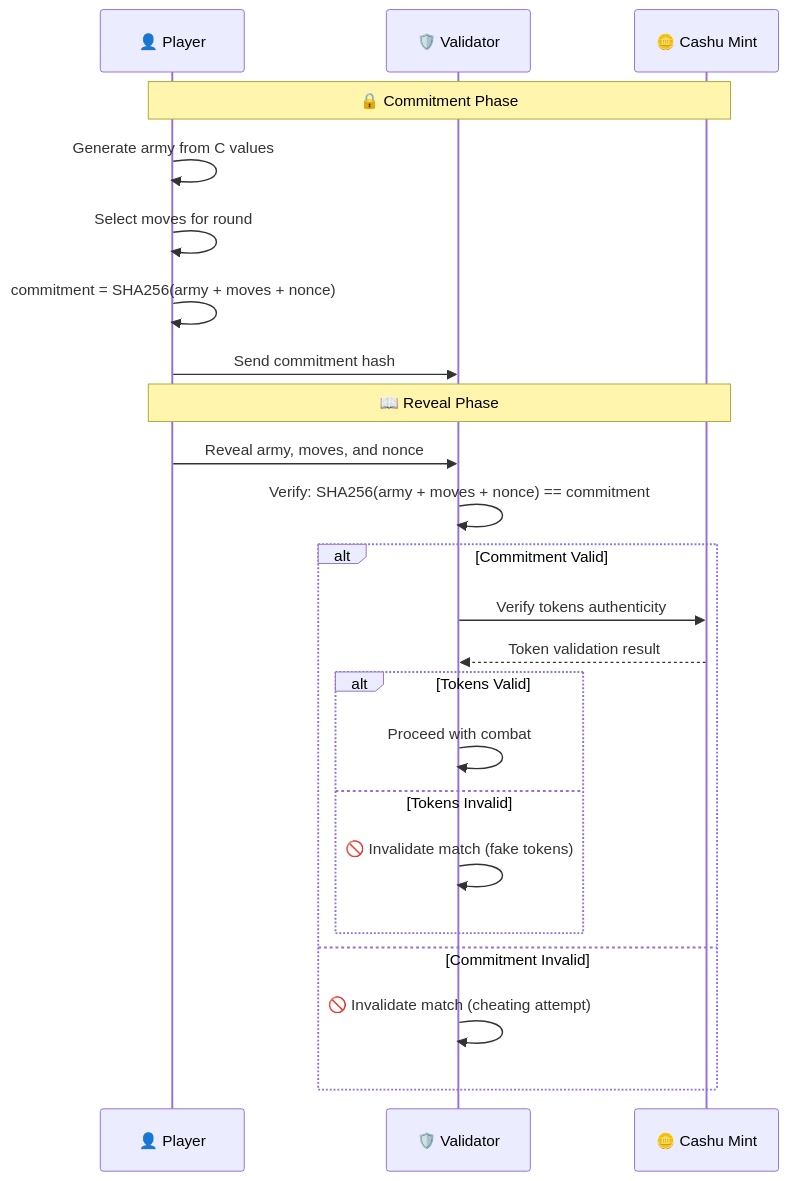
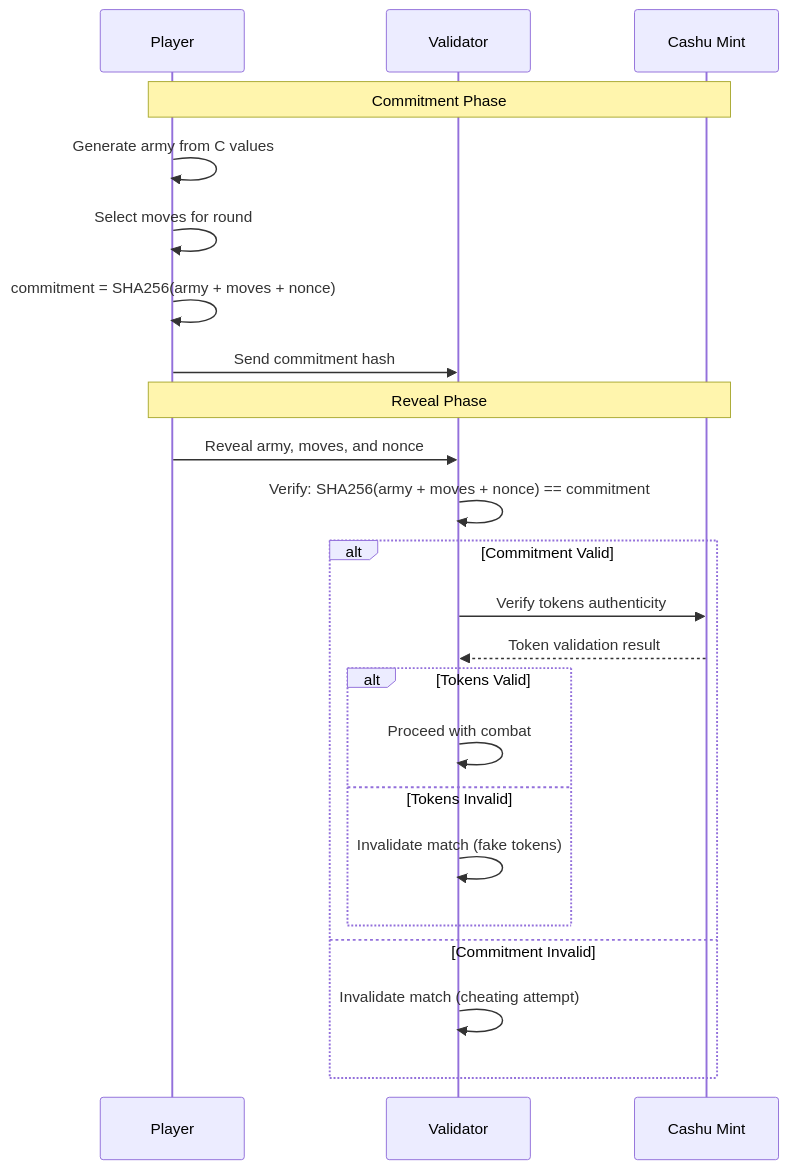
Before and after one commit to EthnTuttle/manastr: the second of 7 diagrams in docs/diagrams/ANTI_CHEAT_VALIDATION.md, drawn with Mermaid. The commit also changed other lines of this file and 25 other files, not shown here.

````diff
--- a/docs/diagrams/ANTI_CHEAT_VALIDATION.md
+++ b/docs/diagrams/ANTI_CHEAT_VALIDATION.md
@@ -69,28 +55,28 @@
 ```mermaid
 sequenceDiagram
-    participant Player as 👤 Player
-    participant Validator as 🛡️ Validator
-    participant Mint as 🪙 Cashu Mint
+    participant Player as Player
+    participant Validator as Validator
+    participant Mint as Cashu Mint
     
-    Note over Player,Mint: 🔒 Commitment Phase
+    Note over Player,Mint: Commitment Phase
     Player->>Player: Generate army from C values
     Player->>Player: Select moves for round
     Player->>Player: commitment = SHA256(army + moves + nonce)
     Player->>Validator: Send commitment hash
     
-    Note over Player,Mint: 📖 Reveal Phase
+    Note over Player,Mint: Reveal Phase
     Player->>Validator: Reveal army, moves, and nonce
     Validator->>Validator: Verify: SHA256(army + moves + nonce) == commitment
     
     alt Commitment Valid
         Validator->>Mint: Verify tokens authenticity
         Mint-->>Validator: Token validation result
         alt Tokens Valid
             Validator->>Validator: Proceed with combat
         else Tokens Invalid
-            Validator->>Validator: 🚫 Invalidate match (fake tokens)
+            Validator->>Validator: Invalidate match (fake tokens)
         end
     else Commitment Invalid
-        Validator->>Validator: 🚫 Invalidate match (cheating attempt)
+        Validator->>Validator: Invalidate match (cheating attempt)
     end
 ```
````
